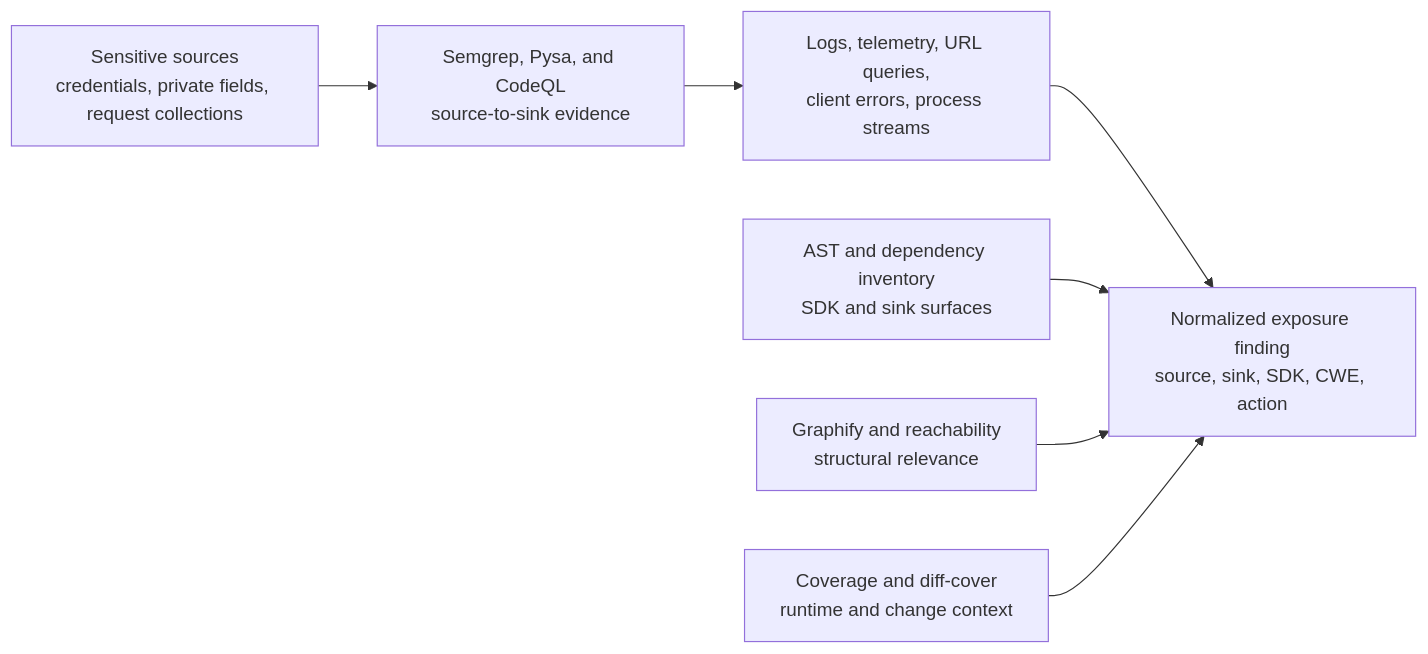
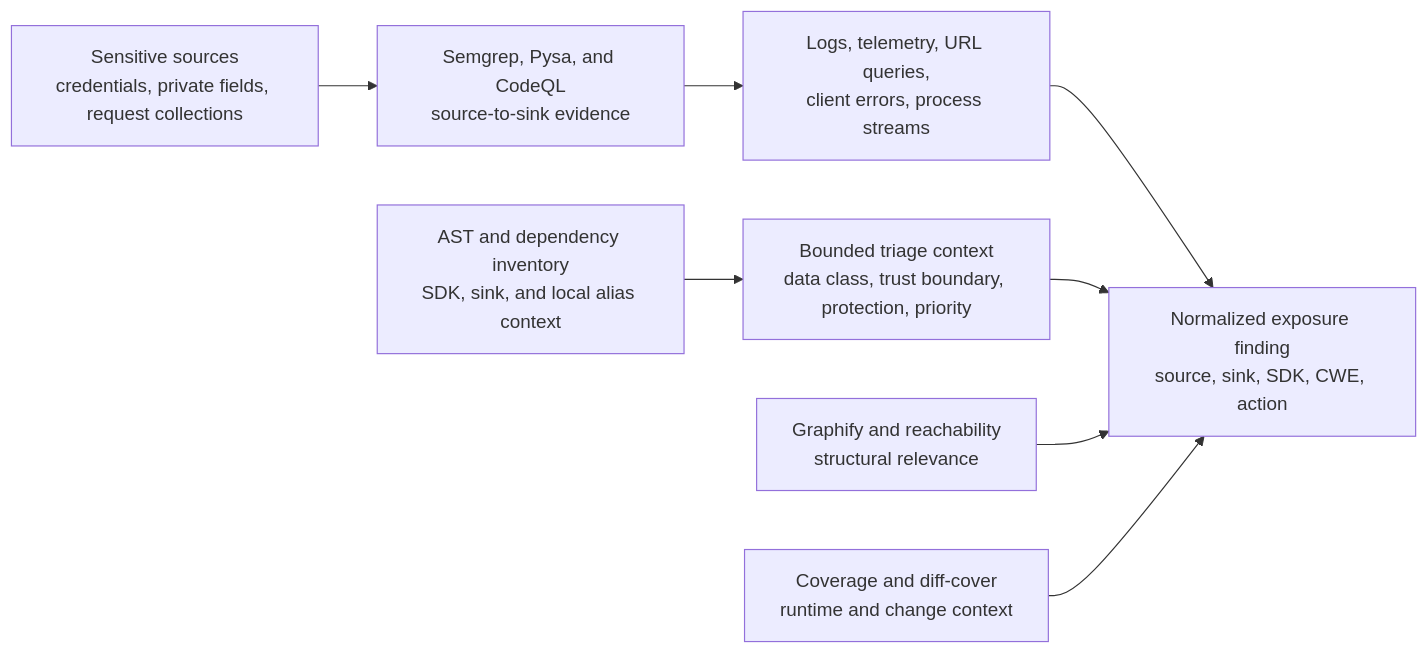
Before and after one commit to willtran87/project-py-security-suite: the diagram in docs/data-exposure.md, drawn with Mermaid. The commit also changed other lines of this file and 11 other files, not shown here.

````diff
--- a/docs/data-exposure.md
+++ b/docs/data-exposure.md
@@ -41,15 +41,16 @@
 ```mermaid
 flowchart LR
     Sources["Sensitive sources<br/>credentials, private fields, request collections"]
     Taint["Semgrep, Pysa, and CodeQL<br/>source-to-sink evidence"]
     Sinks["Logs, telemetry, URL queries,<br/>client errors, process streams"]
-    SDK["AST and dependency inventory<br/>SDK and sink surfaces"]
+    SDK["AST and dependency inventory<br/>SDK, sink, and local alias context"]
+    Triage["Bounded triage context<br/>data class, trust boundary, protection, priority"]
     Graph["Graphify and reachability<br/>structural relevance"]
     Tests["Coverage and diff-cover<br/>runtime and change context"]
     Finding["Normalized exposure finding<br/>source, sink, SDK, CWE, action"]
 
     Sources --> Taint --> Sinks --> Finding
-    SDK --> Finding
+    SDK --> Triage --> Finding
     Graph --> Finding
     Tests --> Finding
 ```
````
